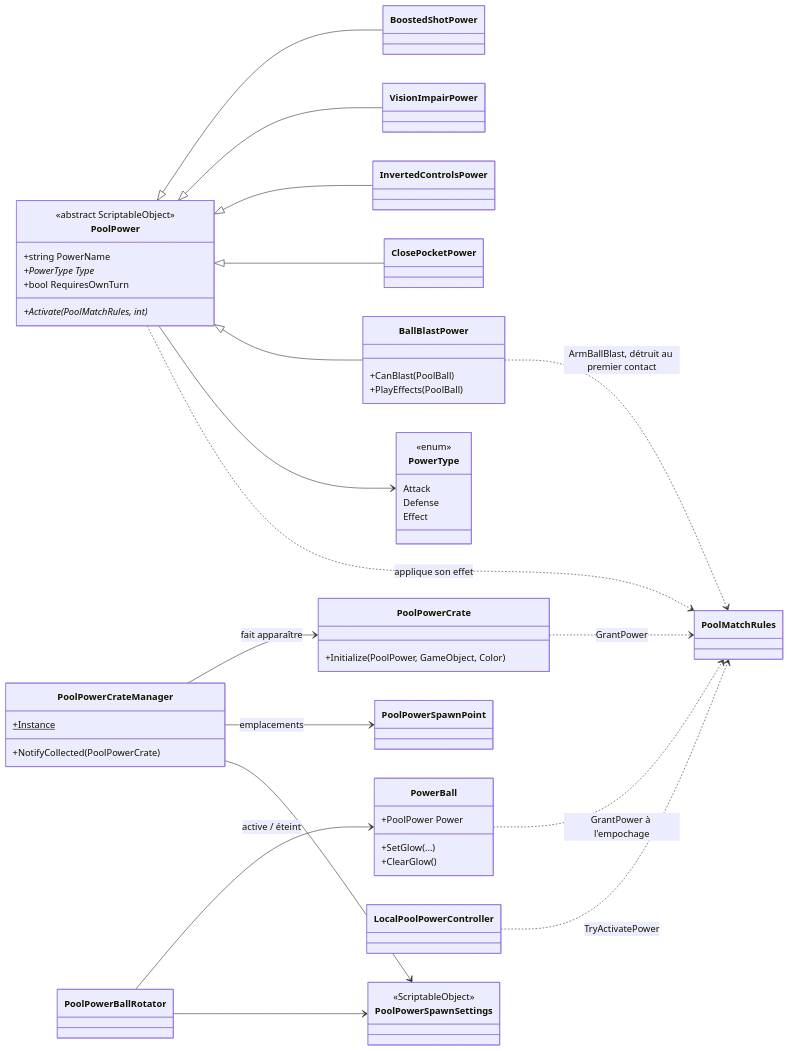
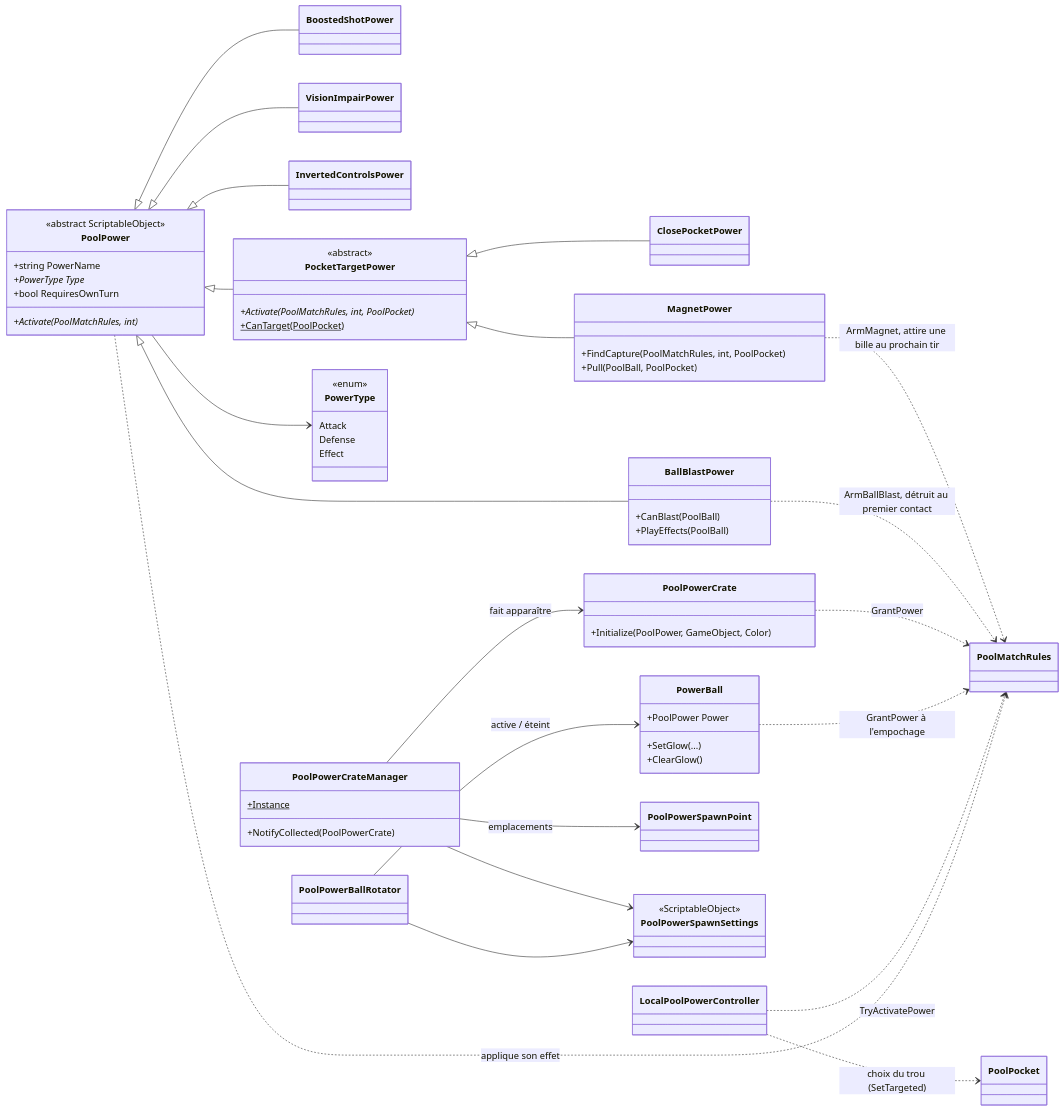
Before and after one commit to FlackyBoy/UntitledPoolgame: the fourth of 4 diagrams in docs/content/tech/architecture.md, drawn with Mermaid. The commit also changed other lines of this file and 23 other files, not shown here.

First line of the commit message:
Ajoute le pouvoir Aimant et le choix du trou

````diff
--- a/docs/content/tech/architecture.md
+++ b/docs/content/tech/architecture.md
@@ -307,60 +307,73 @@
 ```mermaid
 classDiagram
   direction LR
   class PoolPower {
     <<abstract ScriptableObject>>
     +string PowerName
     +PowerType Type*
     +bool RequiresOwnTurn
     +Activate(PoolMatchRules, int)*
   }
   class BoostedShotPower
   class VisionImpairPower
   class InvertedControlsPower
+  class PocketTargetPower {
+    <<abstract>>
+    +Activate(PoolMatchRules, int, PoolPocket)*
+    +CanTarget(PoolPocket)$
+  }
   class ClosePocketPower
+  class MagnetPower {
+    +FindCapture(PoolMatchRules, int, PoolPocket)
+    +Pull(PoolBall, PoolPocket)
+  }
   class BallBlastPower {
     +CanBlast(PoolBall)
     +PlayEffects(PoolBall)
   }
   class PowerType {
     <<enum>>
     Attack
     Defense
     Effect
   }
   class PoolPowerCrate {
     +Initialize(PoolPower, GameObject, Color)
   }
   class PoolPowerCrateManager {
     +Instance$
     +NotifyCollected(PoolPowerCrate)
   }
   class PoolPowerBallRotator
   class PowerBall {
     +PoolPower Power
     +SetGlow(...)
     +ClearGlow()
   }
   class PoolPowerSpawnPoint
   class PoolPowerSpawnSettings {
     <<ScriptableObject>>
   }
   class LocalPoolPowerController
 
   PoolPower <|-- BoostedShotPower
   PoolPower <|-- VisionImpairPower
   PoolPower <|-- InvertedControlsPower
-  PoolPower <|-- ClosePocketPower
+  PoolPower <|-- PocketTargetPower
+  PocketTargetPower <|-- ClosePocketPower
+  PocketTargetPower <|-- MagnetPower
   PoolPower <|-- BallBlastPower
+  MagnetPower ..> PoolMatchRules : ArmMagnet, attire une bille au prochain tir
+  LocalPoolPowerController ..> PoolPocket : choix du trou (SetTargeted)
   BallBlastPower ..> PoolMatchRules : ArmBallBlast, détruit au premier contact
   PoolPower --> PowerType
   PoolPowerCrateManager --> PoolPowerCrate : fait apparaître
   PoolPowerCrateManager --> PoolPowerSpawnPoint : emplacements
   PoolPowerCrateManager --> PoolPowerSpawnSettings
   PoolPowerBallRotator --> PowerBall : active / éteint
   PoolPowerBallRotator --> PoolPowerSpawnSettings
   PoolPowerCrate ..> PoolMatchRules : GrantPower
   PowerBall ..> PoolMatchRules : GrantPower à l'empochage
   LocalPoolPowerController ..> PoolMatchRules : TryActivatePower
   PoolPower ..> PoolMatchRules : applique son effet
 ```
````
